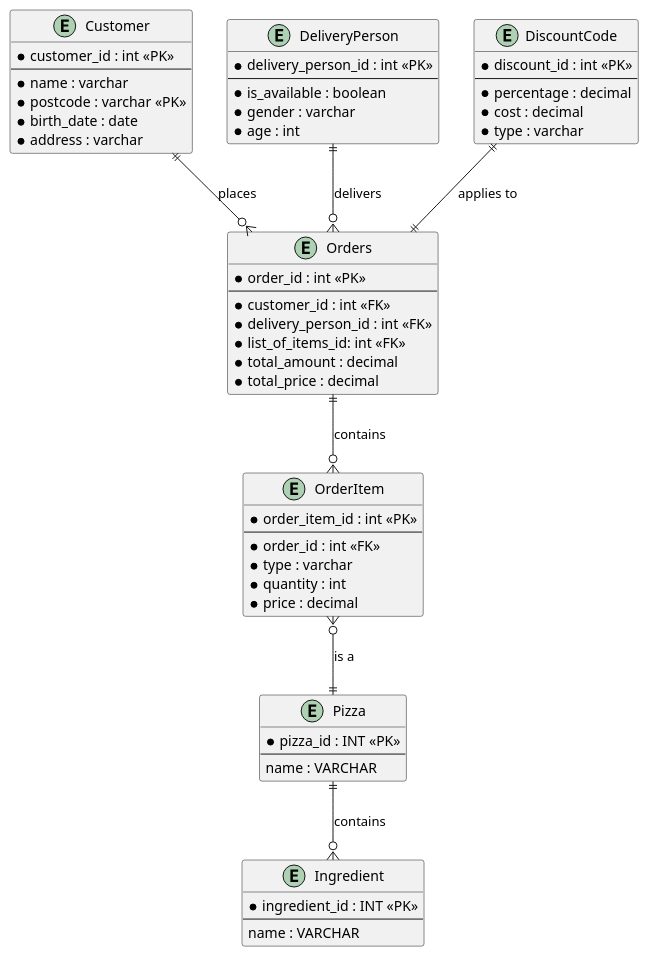
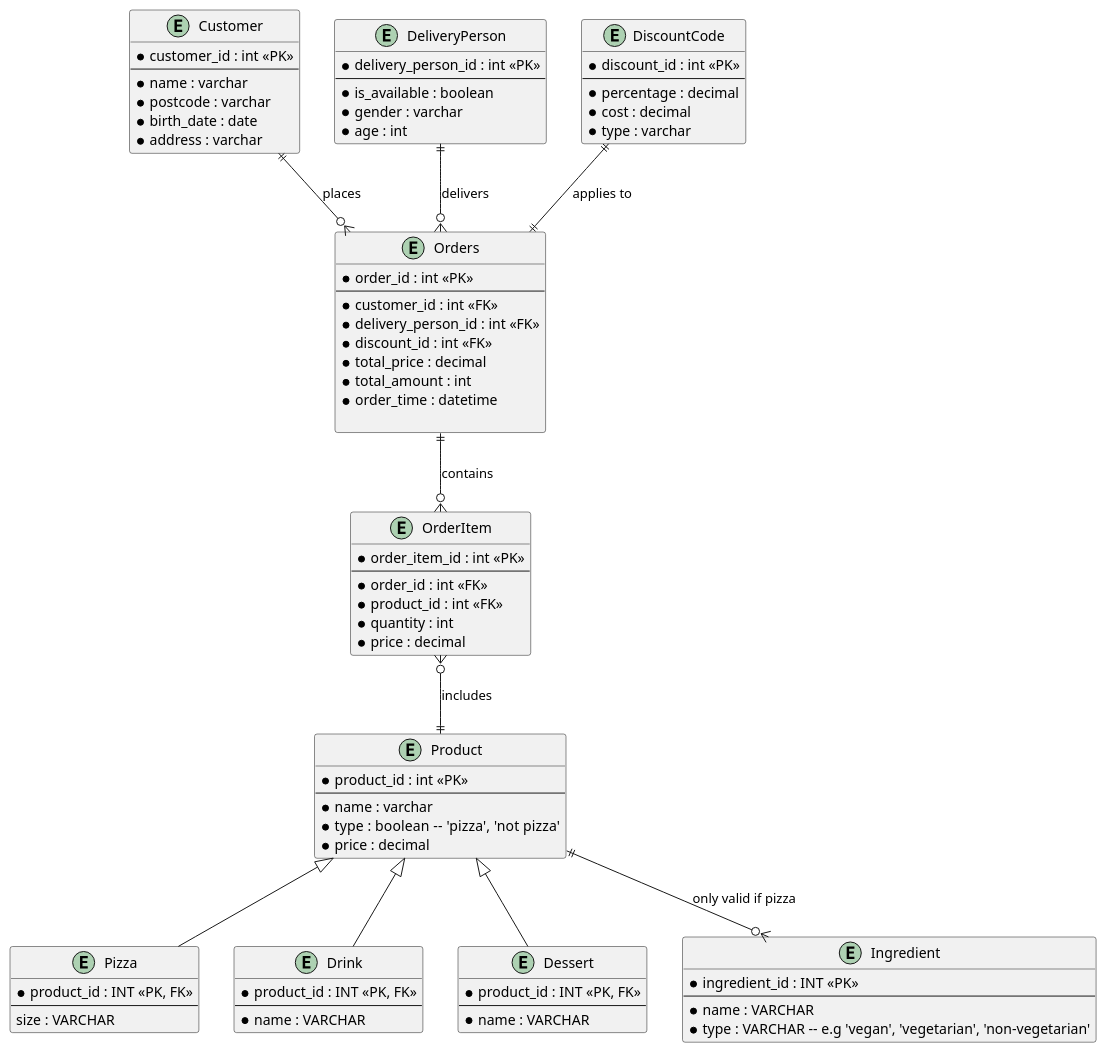
The diagram in ERD.puml (DylanTran1808/Database-Project), drawn with PlantUML before and after one commit. The commit also changed 8 other files, not shown here.

```diff
--- a/ERD.puml
+++ b/ERD.puml
@@ -1,58 +1,104 @@
 @startuml Entity-Relationship-Diagram
-entity "Customer" as customer {
-  * customer_id : int <<PK>>
+
+' -- Entities based on the SQL schema --
+
+entity "Product" as product {
+  * product_id : int <<PK>>
   --
   * name : varchar
-  * postcode : varchar <<PK>>
-  * birth_date : date
-  * address : varchar
+  * type : boolean  -- 'pizza', 'not pizza'
+  * price : decimal
+}
+
+entity "Pizza" as P {
+  * product_id : INT <<PK, FK>>
+  --
+  size : VARCHAR
+}
+
+entity "Drink" as drink {
+  * product_id : INT <<PK, FK>>
+  --
+  * name : VARCHAR
+}
+
+entity "Dessert" as dessert {
+  * product_id : INT <<PK, FK>>
+  --
+  * name : VARCHAR
+}
+
+entity "OrderItem" as OI {
+  * order_item_id : int <<PK>>
+  --
+  * order_id : int <<FK>> 
+  * product_id : int <<FK>>
+  * quantity : int
+  * price : decimal
 }
 
 entity "Orders" as O {
   * order_id : int <<PK>>
   --
   * customer_id : int <<FK>>
   * delivery_person_id : int <<FK>>
-  * list_of_items_id: int <<FK>>
-  * total_amount : decimal
+  * discount_id : int <<FK>>
   * total_price : decimal
+  * total_amount : int
+  * order_time : datetime
+
 }
-entity "Pizza" as P {
-  * pizza_id : INT <<PK>>
+
+' -- Other existing entities (assumed) --
+
+entity "Customer" as customer {
+  * customer_id : int <<PK>>
   --
-  name : VARCHAR
+  * name : varchar
+  * postcode : varchar
+  * birth_date : date
+  * address : varchar
 }
-entity "Ingredient" as I {
-  * ingredient_id : INT <<PK>>
-  --
-  name : VARCHAR
-}
-entity "OrderItem" as OI {
-  * order_item_id : int <<PK>>
-  --
-  * order_id : int <<FK>> 
-  * type : varchar
-  * quantity : int
-  * price : decimal
-}
+
 entity "DeliveryPerson" as DP {
   * delivery_person_id : int <<PK>>
   --
   * is_available : boolean
   * gender : varchar
   * age : int
 }
+
 entity "DiscountCode" as DC {
   * discount_id : int <<PK>>
   --
   * percentage : decimal
   * cost : decimal
   * type : varchar
 }
+
+entity "Ingredient" as I {
+  * ingredient_id : INT <<PK>>
+  --
+  * name : VARCHAR
+  * type : VARCHAR -- e.g 'vegan', 'vegetarian', 'non-vegetarian'
+}
+
+
+' -- Relationships --
+
+' Inheritance: Pizza, Drink, and Dessert are types of Product
+product <|-- P
+product <|-- drink
+product <|-- dessert
+
+' Core order relationships
 customer ||--o{ O : places
-O ||--o{ OI : contains
-DP ||--o{ O : delivers
-OI }o--|| P : "is a"
-P ||--o{ I : "contains"
+O      ||--o{ OI : contains
+OI     }o--|| product : includes
+DP     ||--o{ O : delivers
+
+' Other relationships (assumed)
+product ||--o{ I : "only valid if pizza"
 DC ||--|| O : "applies to"
+
 @enduml
```
